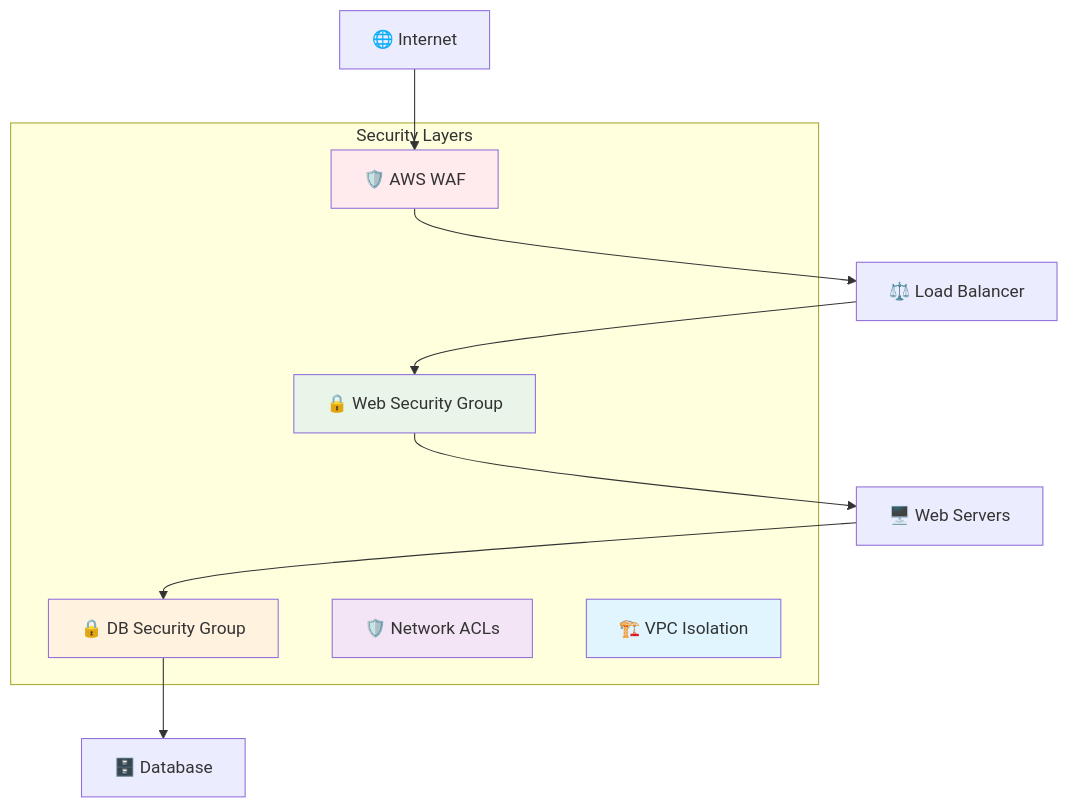
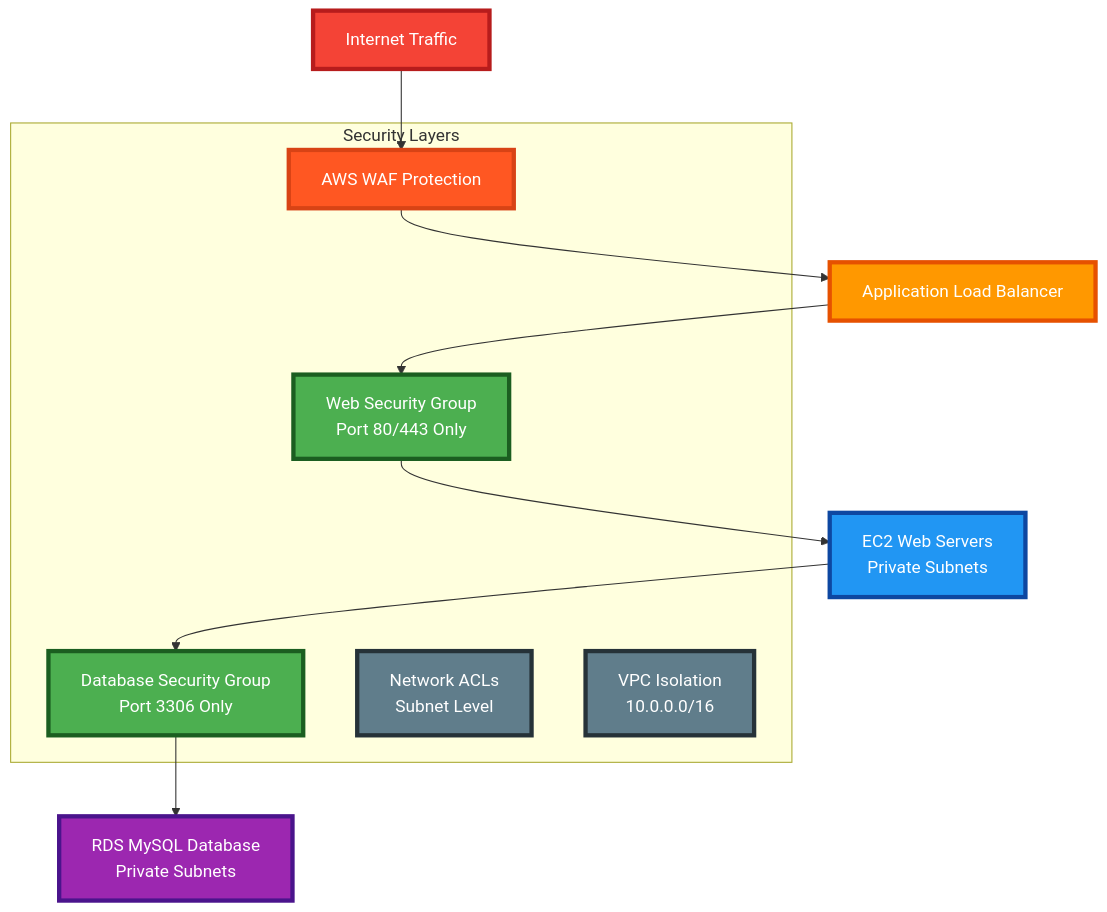
The sixth of 7 diagrams in README.md (mangucletus/proxy-lamp-stack-application), drawn with Mermaid before and after one commit. The commit also changed other lines of this file and 1 other file, not shown here.

````diff
--- a/README.md
+++ b/README.md
@@ -665,23 +693,33 @@
 ```mermaid
 graph TB
-    Internet[🌐 Internet] --> WAF[🛡️ AWS WAF]
-    WAF --> ALB[⚖️ Load Balancer]
-    ALB --> SG1[🔒 Web Security Group]
-    SG1 --> EC2[🖥️ Web Servers]
-    EC2 --> SG2[🔒 DB Security Group]
-    SG2 --> RDS[🗄️ Database]
+    Internet[Internet Traffic] --> WAF[AWS WAF Protection]
+    WAF --> ALB[Application Load Balancer]
+    ALB --> SG1[Web Security Group<br/>Port 80/443 Only]
+    SG1 --> EC2[EC2 Web Servers<br/>Private Subnets]
+    EC2 --> SG2[Database Security Group<br/>Port 3306 Only]
+    SG2 --> RDS[RDS MySQL Database<br/>Private Subnets]
     
     subgraph "Security Layers"
         WAF
         SG1
         SG2
-        NACL[🛡️ Network ACLs]
-        VPC[🏗️ VPC Isolation]
+        NACL[Network ACLs<br/>Subnet Level]
+        VPC[VPC Isolation<br/>10.0.0.0/16]
     end
     
-    style WAF fill:#ffebee
-    style SG1 fill:#e8f5e8
-    style SG2 fill:#fff3e0
-    style NACL fill:#f3e5f5
-    style VPC fill:#e1f5fe
+    classDef internetClass fill:#f44336,stroke:#b71c1c,stroke-width:4px,color:#fff
+    classDef wafClass fill:#ff5722,stroke:#d84315,stroke-width:4px,color:#fff
+    classDef albClass fill:#ff9800,stroke:#e65100,stroke-width:4px,color:#fff
+    classDef securityClass fill:#4caf50,stroke:#1b5e20,stroke-width:4px,color:#fff
+    classDef serverClass fill:#2196f3,stroke:#0d47a1,stroke-width:4px,color:#fff
+    classDef dbClass fill:#9c27b0,stroke:#4a148c,stroke-width:4px,color:#fff
+    classDef networkClass fill:#607d8b,stroke:#263238,stroke-width:4px,color:#fff
+    
+    class Internet internetClass
+    class WAF wafClass
+    class ALB albClass
+    class SG1,SG2 securityClass
+    class EC2 serverClass
+    class RDS dbClass
+    class NACL,VPC networkClass
 ```
````
